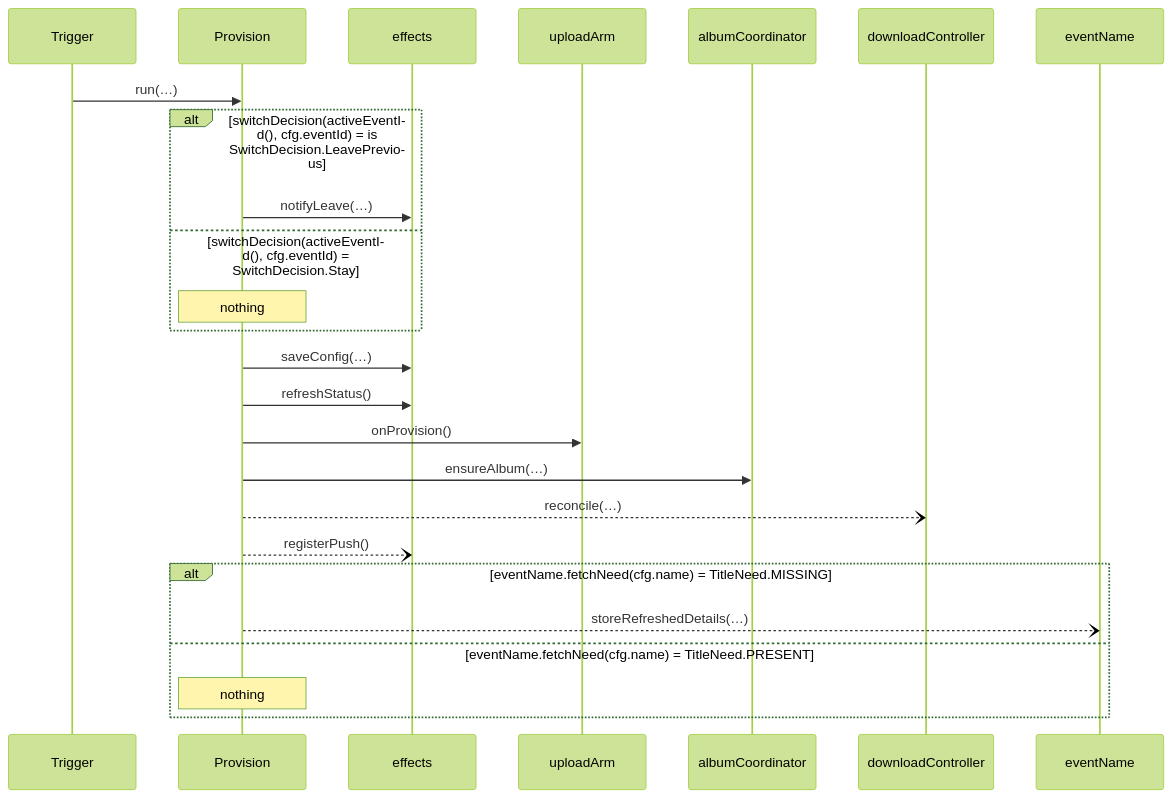
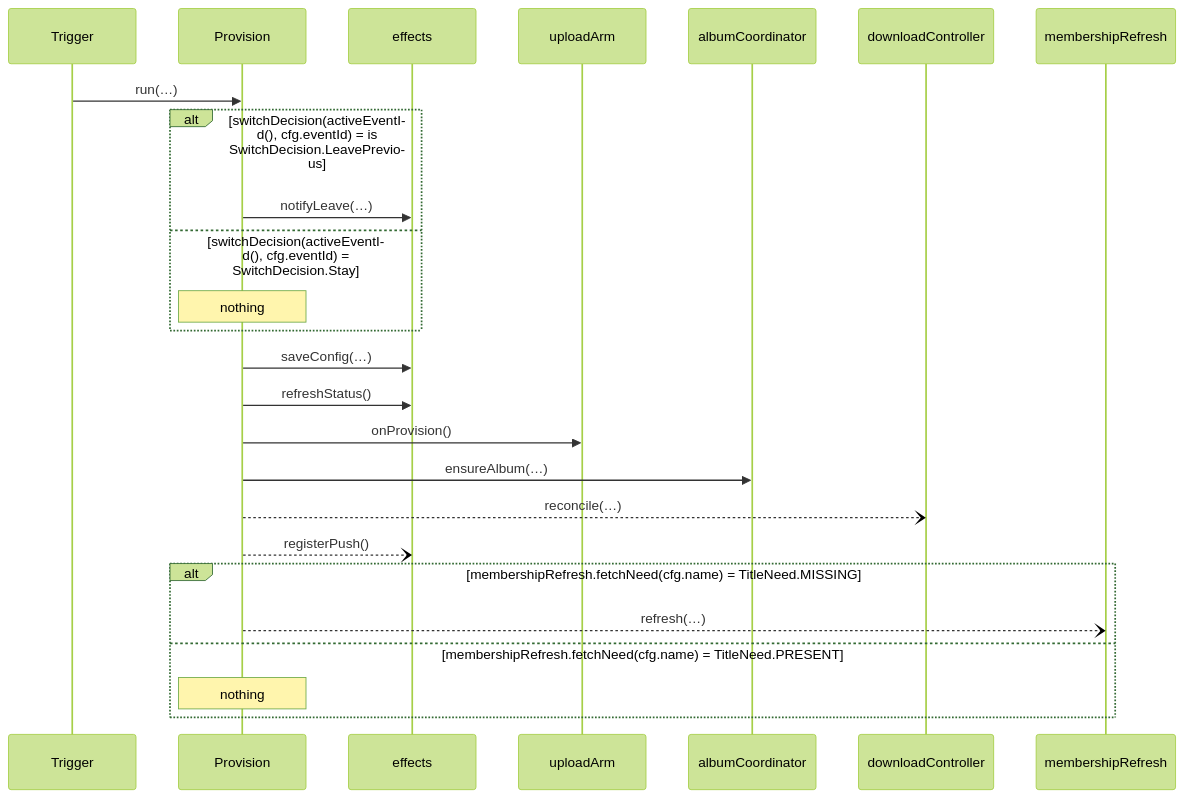
The diagram in architecture/flows/Provision.md (stefanhoelzl/SnapSync), drawn with Mermaid (forest theme) before and after one commit. The commit also changed 71 other files, not shown here.

````diff
--- a/architecture/flows/Provision.md
+++ b/architecture/flows/Provision.md
@@ -14,27 +14,27 @@
 ```mermaid
 sequenceDiagram
   participant Trigger
   participant Provision
   participant effects
   participant uploadArm
   participant albumCoordinator
   participant downloadController
-  participant eventName
+  participant membershipRefresh
   Trigger->>Provision: run(…)
   alt switchDecision(activeEventId(), cfg.eventId) = is SwitchDecision.LeavePrevious
     Provision->>effects: notifyLeave(…)
   else switchDecision(activeEventId(), cfg.eventId) = SwitchDecision.Stay
     Note over Provision: nothing
   end
   Provision->>effects: saveConfig(…)
   Provision->>effects: refreshStatus()
   Provision->>uploadArm: onProvision()
   Provision->>albumCoordinator: ensureAlbum(…)
   Provision--)downloadController: reconcile(…)
   Provision--)effects: registerPush()
-  alt eventName.fetchNeed(cfg.name) = TitleNeed.MISSING
-    Provision--)eventName: storeRefreshedDetails(…)
-  else eventName.fetchNeed(cfg.name) = TitleNeed.PRESENT
+  alt membershipRefresh.fetchNeed(cfg.name) = TitleNeed.MISSING
+    Provision--)membershipRefresh: refresh(…)
+  else membershipRefresh.fetchNeed(cfg.name) = TitleNeed.PRESENT
     Note over Provision: nothing
   end
 ```
````
